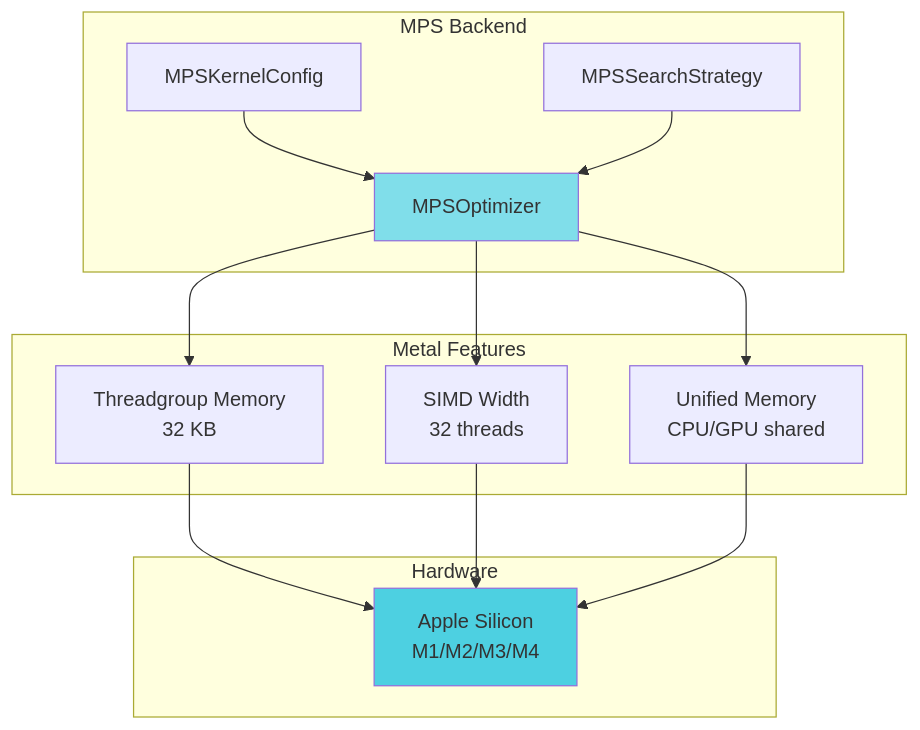
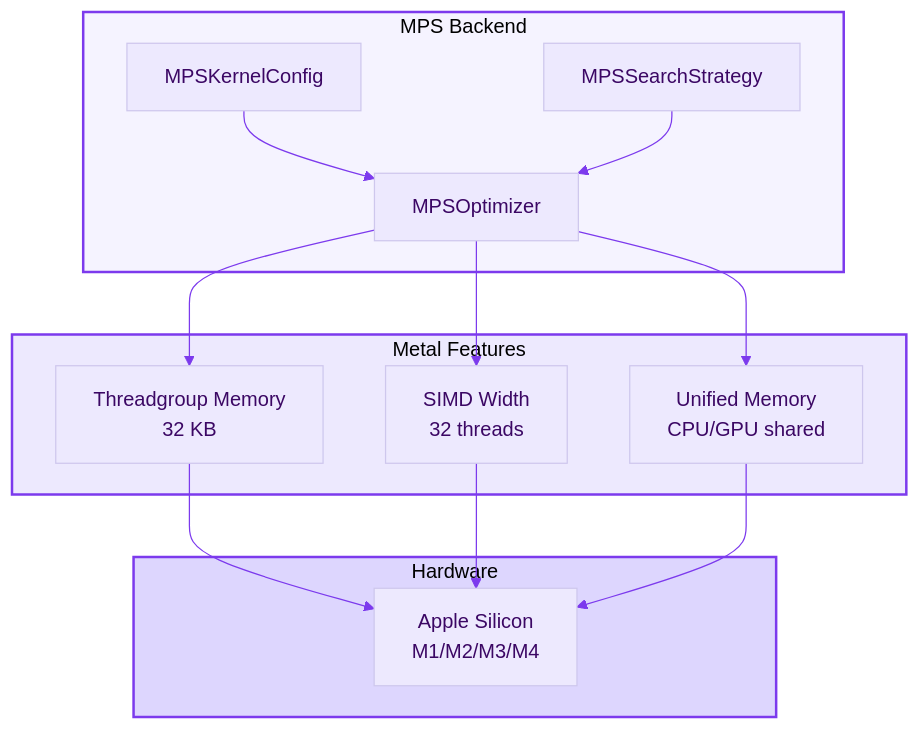
One commit to chenxingqiang/YiRage changed the ninth of 13 diagrams in docs/architecture.md. Above: the diagram before and after it, drawn with Mermaid. The commit also changed other lines of this file and 9 other files, not shown here.

First line of the commit message:
style: unify Mermaid diagrams to minimal purple theme

````diff
--- a/docs/architecture.md
+++ b/docs/architecture.md
@@ -264,26 +281,28 @@
 ```mermaid
+%%{init: {'theme': 'base', 'themeVariables': { 'primaryColor': '#ede9fe', 'primaryTextColor': '#3b0764', 'lineColor': '#7c3aed'}}}%%
 graph TB
-    subgraph "MPS Backend"
+    subgraph MPS["MPS Backend"]
         A[MPSOptimizer]
         B[MPSKernelConfig]
         C[MPSSearchStrategy]
     end
 
-    subgraph "Metal Features"
+    subgraph METAL["Metal Features"]
         D[Threadgroup Memory<br/>32 KB]
         E[SIMD Width<br/>32 threads]
         F[Unified Memory<br/>CPU/GPU shared]
     end
 
-    subgraph "Hardware"
+    subgraph HW["Hardware"]
         G[Apple Silicon<br/>M1/M2/M3/M4]
     end
 
     A --> D & E & F
     B --> A
     C --> A
     D & E & F --> G
 
-    style A fill:#80deea
-    style G fill:#4dd0e1
+    style MPS fill:#f5f3ff,stroke:#7c3aed,stroke-width:2px
+    style METAL fill:#ede9fe,stroke:#7c3aed,stroke-width:2px
+    style HW fill:#ddd6fe,stroke:#7c3aed,stroke-width:2px
 ```
````
